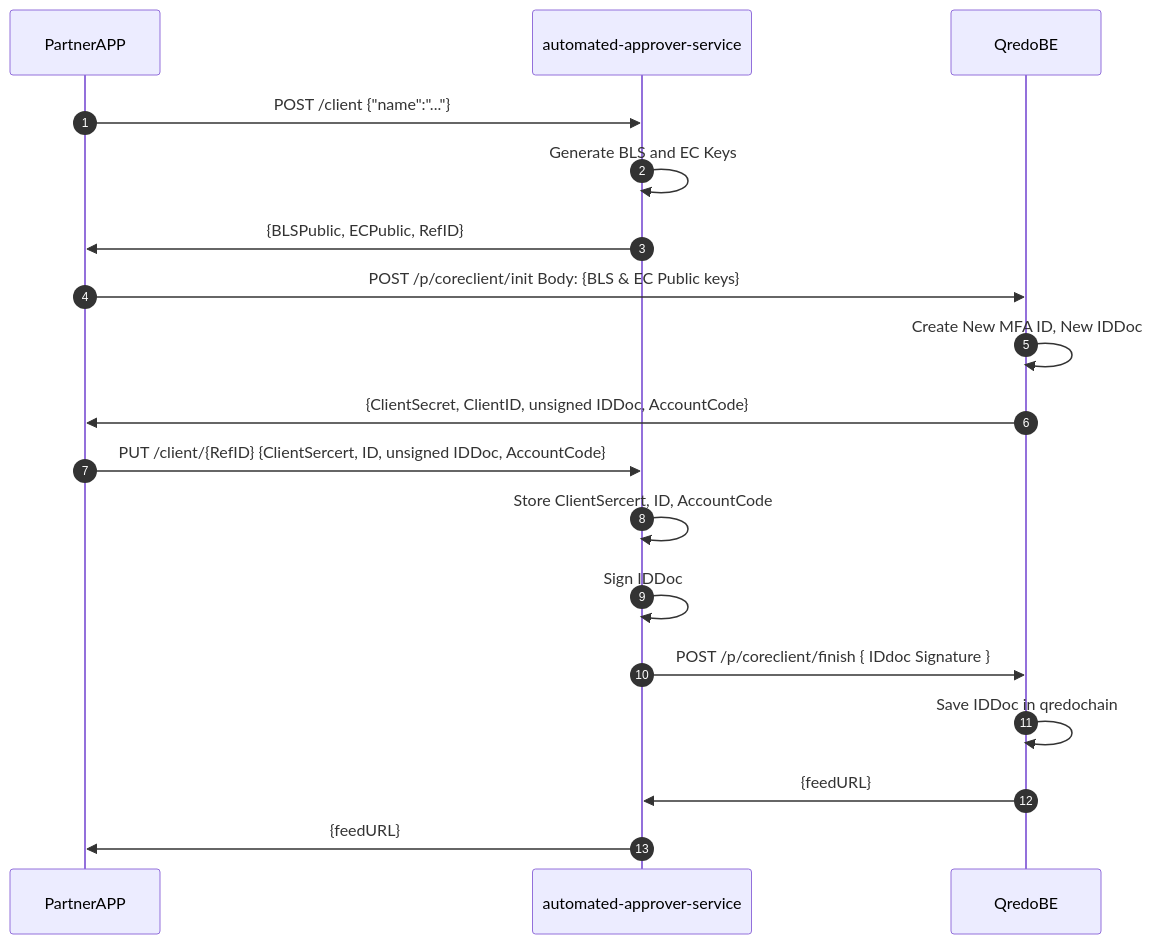
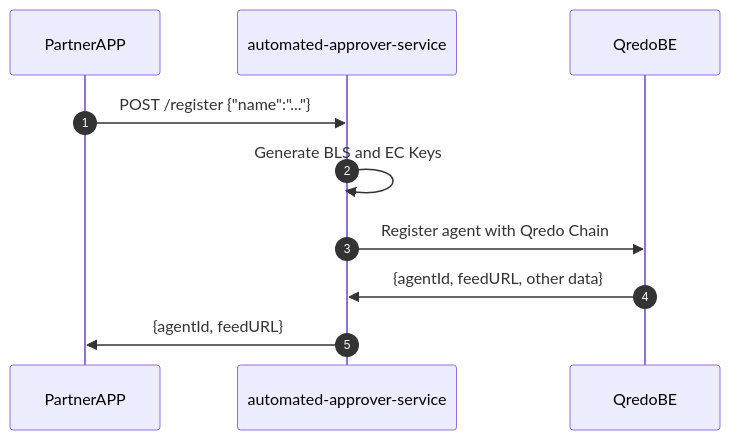
One commit to qredo/signing-agent changed the first of 3 diagrams in doc/usage.md. Above: the diagram before and after it, drawn with Mermaid. The commit also changed other lines of this file and 18 other files, not shown here.

````diff
--- a/doc/usage.md
+++ b/doc/usage.md
@@ -17,17 +17,9 @@
 ```mermaid
 sequenceDiagram
   autonumber
-  PartnerAPP->>automated-approver-service:POST /client {"name":"..."}
+  PartnerAPP->>automated-approver-service:POST /register {"name":"..."}
   automated-approver-service->>automated-approver-service: Generate BLS and EC Keys
-  automated-approver-service->>PartnerAPP: {BLSPublic, ECPublic, RefID}
-  PartnerAPP->>QredoBE: POST /p/coreclient/init Body: {BLS & EC Public keys}
-  QredoBE->>QredoBE: Create New MFA ID, New IDDoc
-  QredoBE->>PartnerAPP:{ClientSecret, ClientID, unsigned IDDoc, AccountCode}
-  PartnerAPP->>automated-approver-service: PUT /client/{RefID} {ClientSercert, ID, unsigned IDDoc, AccountCode}
-  automated-approver-service->>automated-approver-service: Store ClientSercert, ID, AccountCode
-  automated-approver-service->>automated-approver-service: Sign IDDoc
-  automated-approver-service->>QredoBE: POST /p/coreclient/finish { IDdoc Signature }
-  QredoBE->>QredoBE: Save IDDoc in qredochain
-  QredoBE->>automated-approver-service: {feedURL} 
-  automated-approver-service->>PartnerAPP: {feedURL}
- ```
+  automated-approver-service->>QredoBE: Register agent with Qredo Chain
+  QredoBE->>automated-approver-service: {agentId, feedURL, other data} 
+  automated-approver-service->>PartnerAPP: {agentId, feedURL}
+```
````
